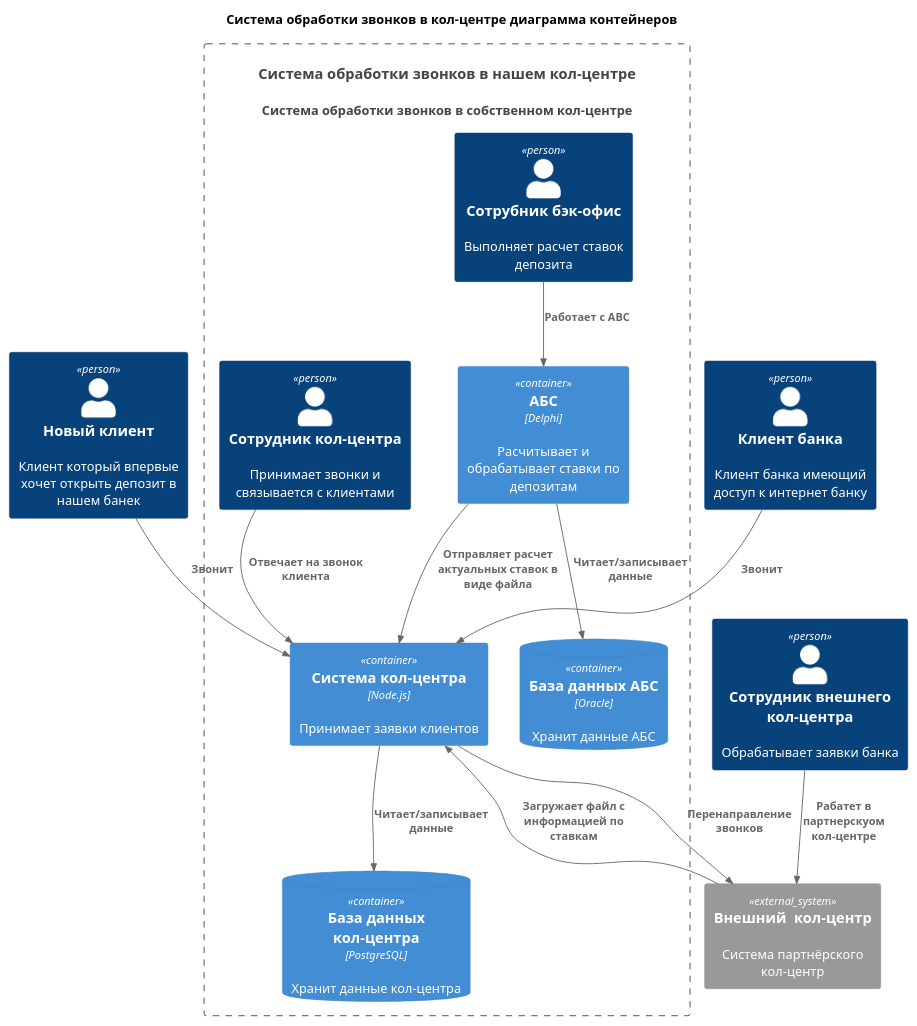
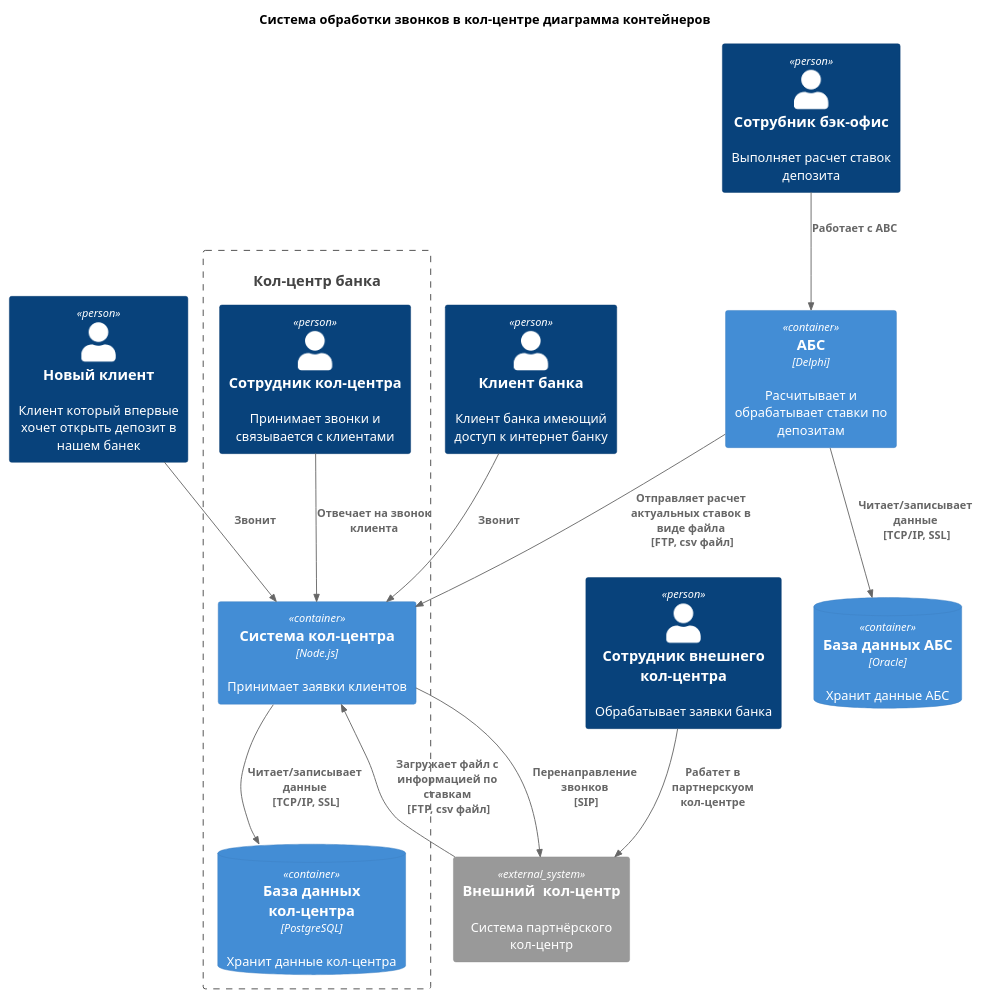
One commit to Rootman78/architecture-standart changed the diagram in Task4/Container_call_center.puml. Above: the diagram before and after it, drawn with PlantUML. The commit also changed 2 other files, not shown here.

```diff
--- a/Task4/Container_call_center.puml
+++ b/Task4/Container_call_center.puml
@@ -1,40 +1,39 @@
 @startuml
 title Система обработки звонков в кол-центре диаграмма контейнеров
 
 top to bottom direction
 
 !includeurl https://raw.githubusercontent.com/RicardoNiepel/C4-PlantUML/master/C4_Component.puml
 
 Person(user_new, "Новый клиент", "Клиент который впервые хочет открыть депозит в нашем банек")
 Person(user_old, "Клиент банка", "Клиент банка имеющий доступ к интернет банку")
-System(CallCenterSystem, "Система обработки звонков в нашем кол-центре", "Система обработки звонков в собственном кол-центре")
+System(CallCenterSystem, "Кол-центр банка")
 Person(ext_user_call, "Сотрудник внешнего кол-центра", "Обрабатывает заявки банка")
 
 Container_Boundary(CallCenterSystem, "CallCenter System") {
   Container(OwnCallCentre, "Система кол-центра", "Node.js", "Принимает заявки клиентов")
   ContainerDb(OwnCallCentreDB, "База данных кол-центра", "PostgreSQL", "Хранит данные кол-центра")
+  Person(user_call, "Сотрудник кол-центра", "Принимает звонки и связывается с клиентами")
+
+}
+
   Container(ABC, "АБС", "Delphi", "Расчитывает и обрабатывает ставки по депозитам")
   ContainerDb(ABCDB, "База данных АБС", "Oracle", "Хранит данные АБС")
   Person(user_back, "Сотрубник бэк-офис", "Выполняет расчет ставок депозита")
-  Person(user_call, "Сотрудник кол-центра", "Принимает звонки и связывается с клиентами")
-
-
-
-}
 
 System_Ext(PartnerCallCenter, "Внешний  кол-центр", "Система партнёрского кол-центр")
 
 
 Rel(user_new, OwnCallCentre, "Звонит")
 Rel(user_old, OwnCallCentre,"Звонит")
-Rel(OwnCallCentre, OwnCallCentreDB, "Читает/записывает данные")
+Rel(OwnCallCentre, OwnCallCentreDB, "Читает/записывает данные \n [TCP/IP, SSL]")
 Rel(user_call,OwnCallCentre,"Отвечает на звонок клиента")
-Rel(ABC, ABCDB, "Читает/записывает данные")
-Rel(OwnCallCentre, PartnerCallCenter, "Перенаправление звонков")
-Rel(PartnerCallCenter,OwnCallCentre , "Загружает файл с информацией по ставкам")
+Rel(ABC, ABCDB, "Читает/записывает данные \n [TCP/IP, SSL]")
+Rel(OwnCallCentre, PartnerCallCenter, "Перенаправление звонков \n [SIP]")
+Rel(PartnerCallCenter,OwnCallCentre , "Загружает файл с информацией по ставкам \n [FTP, csv файл]")
 Rel(user_back,ABC,"Работает с ABC")
-Rel(ABC, OwnCallCentre ,"Отправляет расчет актуальных ставок в виде файла")
+Rel(ABC, OwnCallCentre ,"Отправляет расчет актуальных ставок в виде файла \n [FTP, csv файл]")
 Rel(ext_user_call, PartnerCallCenter, "Рабатет в партнерскуом кол-центре")
 
 
 @enduml
```
